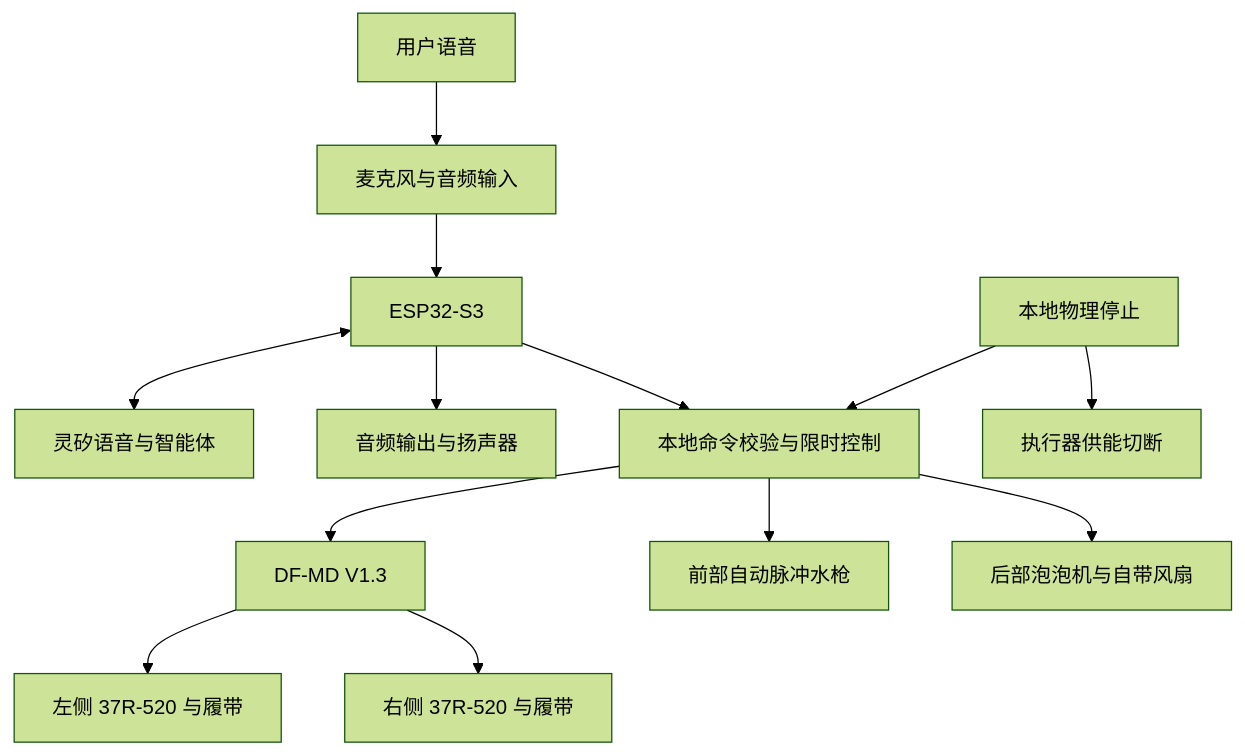
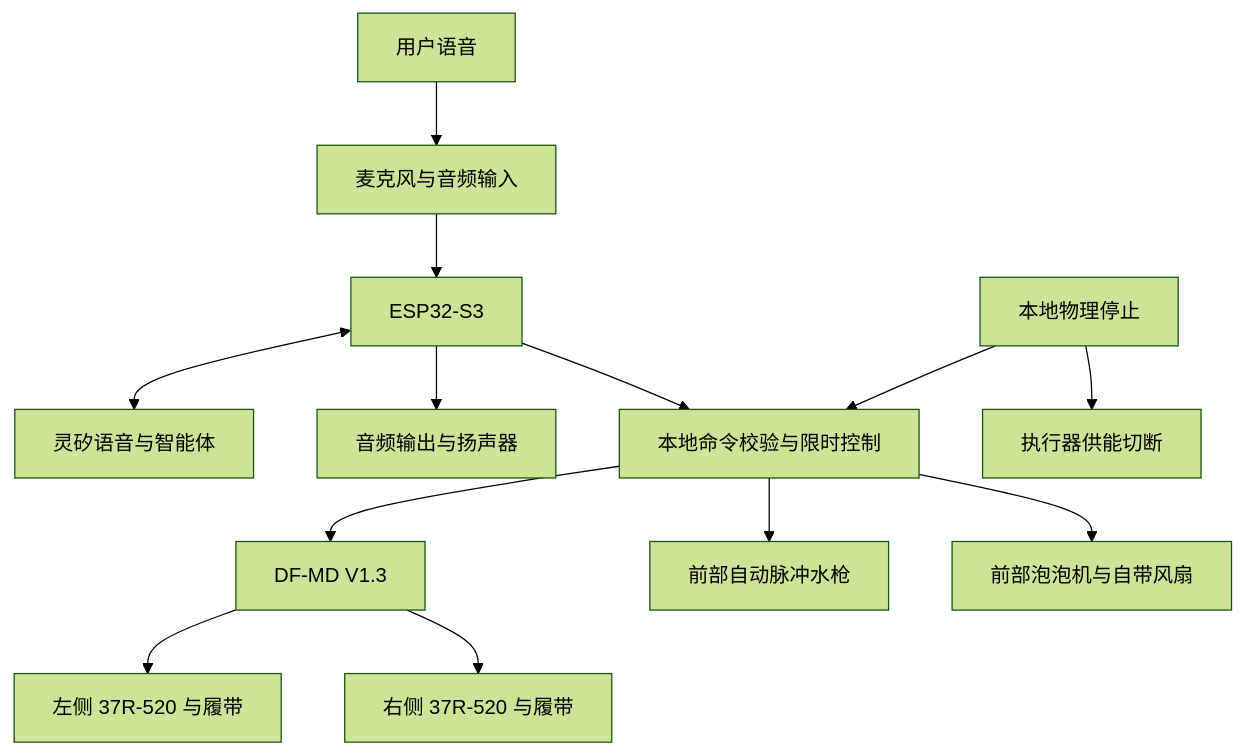
One commit to miclle/cybertrack changed the diagram in docs/architecture.md. Above: the diagram before and after it, drawn with Mermaid (forest theme). The commit also changed 17 other files, not shown here.

````diff
--- a/docs/architecture.md
+++ b/docs/architecture.md
@@ -7,15 +7,15 @@
 ```mermaid
 flowchart TD
   U[用户语音] --> MIC[麦克风与音频输入]
   MIC --> MCU[ESP32-S3]
   MCU <--> CLOUD[灵矽语音与智能体]
   MCU --> AUDIO[音频输出与扬声器]
   MCU --> GATE[本地命令校验与限时控制]
   STOP[本地物理停止] --> CUT[执行器供能切断]
   STOP --> GATE
   GATE --> DRIVE[DF-MD V1.3]
   DRIVE --> L[左侧 37R-520 与履带]
   DRIVE --> R[右侧 37R-520 与履带]
   GATE --> WATER[前部自动脉冲水枪]
-  GATE --> BUBBLE[后部泡泡机与自带风扇]
+  GATE --> BUBBLE[前部泡泡机与自带风扇]
 ```
````
